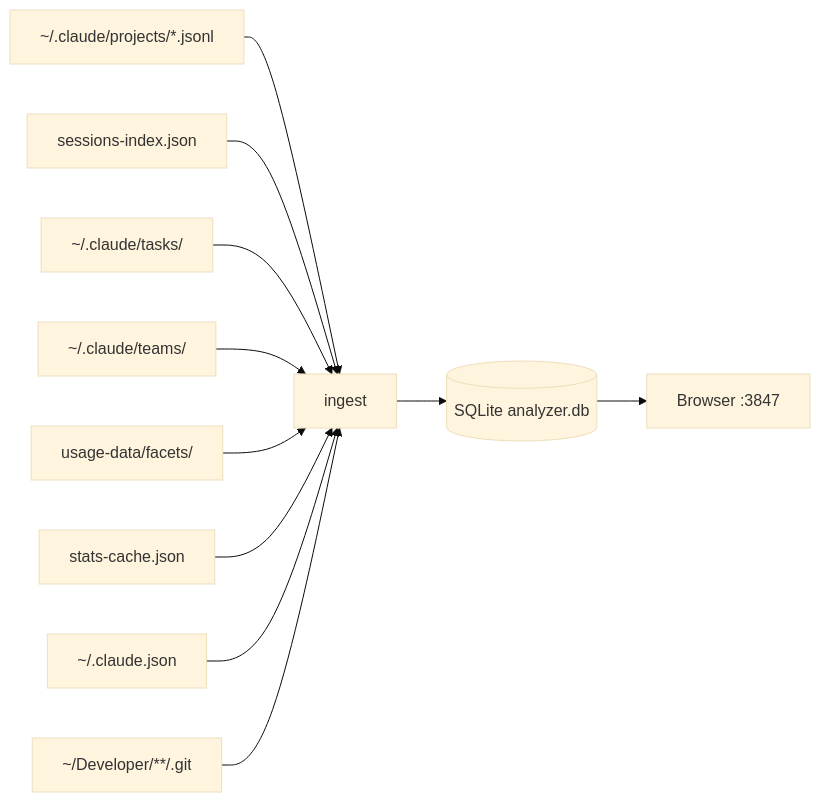
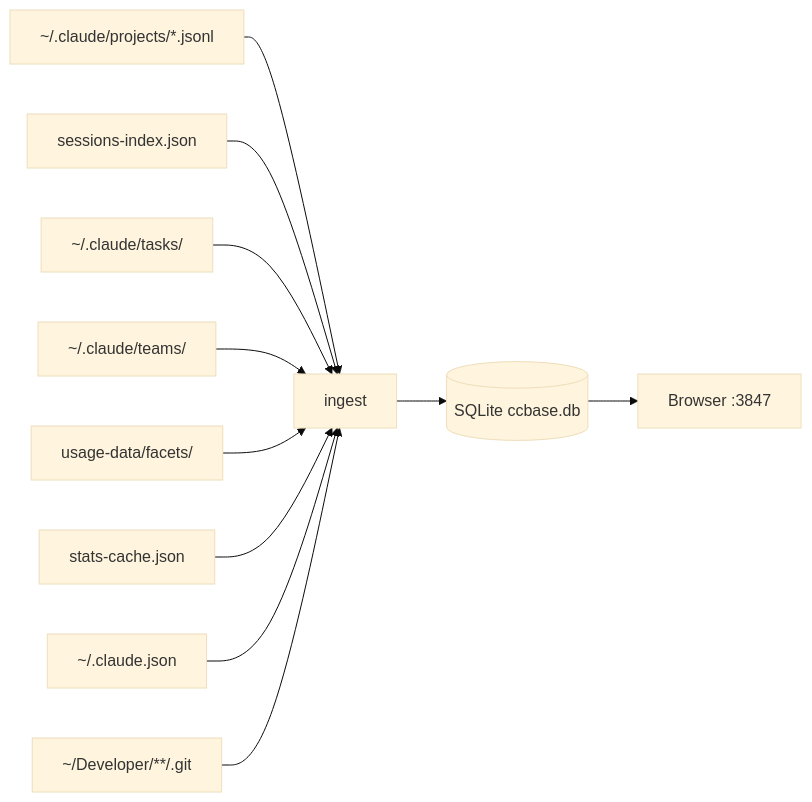
The diagram in README.md (ramonclaudio/claude-pulse), drawn with Mermaid (base theme) before and after one commit. The commit also changed other lines of this file and 9 other files, not shown here.

````diff
--- a/README.md
+++ b/README.md
@@ -150,13 +150,13 @@
 ```mermaid
 graph LR
     A["~/.claude/projects/*.jsonl"] --> I["ingest"]
     B["sessions-index.json"] --> I
     C["~/.claude/tasks/"] --> I
     D["~/.claude/teams/"] --> I
     E["usage-data/facets/"] --> I
     F["stats-cache.json"] --> I
     G["~/.claude.json"] --> I
     H["~/Developer/**/.git"] --> I
-    I --> DB[("SQLite analyzer.db")]
+    I --> DB[("SQLite ccbase.db")]
     DB --> S["Browser :3847"]
 ```
````
